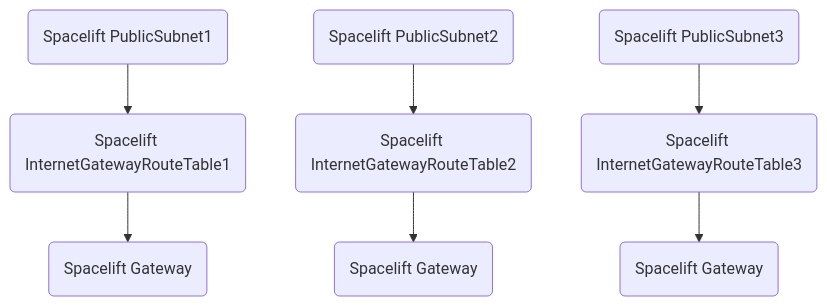
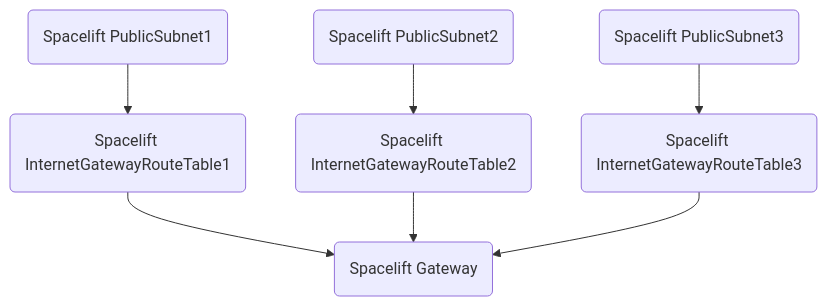
One commit to spacelift-io/self-hosted-v2-to-v3-kit changed the first of 2 diagrams in README.md. Above: the diagram before and after it, drawn with Mermaid. The commit also changed other lines of this file, not shown here.

Commit message:
docs: fix a couple of mistakes in the README (#7)
- The mermaid diagram was a bit misleading because we only have a single IGW.
- We no-longer create a global RDS cluster in the new Terraform module, so I've removed that.

````diff
--- a/README.md
+++ b/README.md
@@ -148,6 +148,6 @@
    ```mermaid
    graph TD;
       A("Spacelift PublicSubnet1")-->B("Spacelift InternetGatewayRouteTable1")-->C("Spacelift Gateway");
-      D("Spacelift PublicSubnet2")-->E("Spacelift InternetGatewayRouteTable2")-->F("Spacelift Gateway");
-      G("Spacelift PublicSubnet3")-->H("Spacelift InternetGatewayRouteTable3")-->I("Spacelift Gateway");
+      D("Spacelift PublicSubnet2")-->E("Spacelift InternetGatewayRouteTable2")-->C;
+      G("Spacelift PublicSubnet3")-->H("Spacelift InternetGatewayRouteTable3")-->C;
    ```
````
